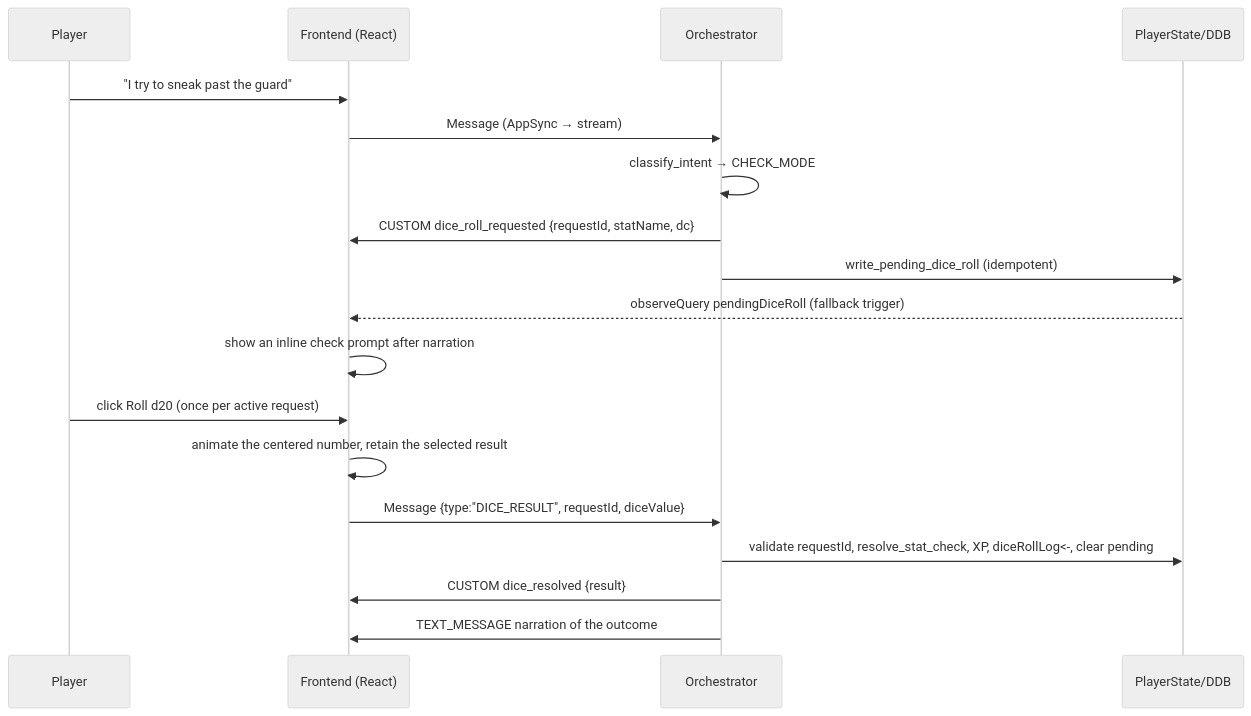
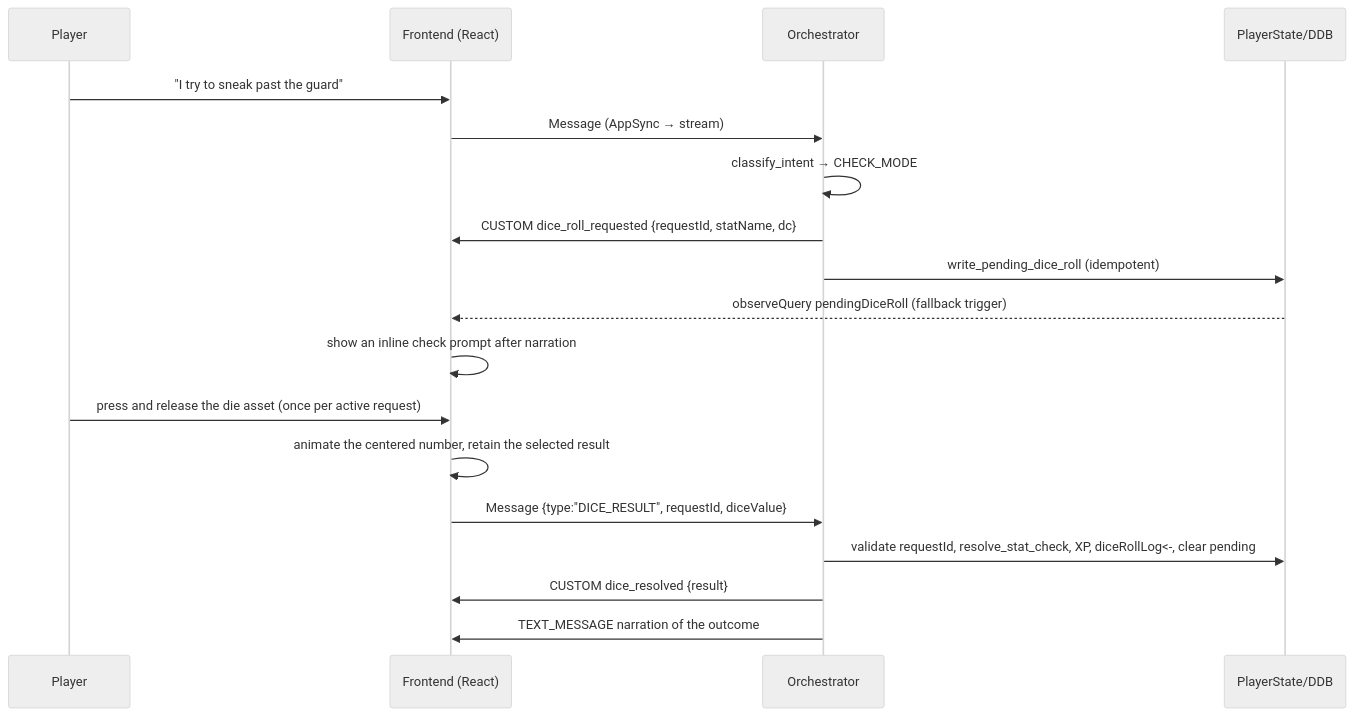
Before and after one commit to Elevator-Robot/brainincup: the third of 3 diagrams in docs/ORCHESTRATION.md, drawn with Mermaid (neutral theme). The commit also changed other lines of this file and 33 other files, not shown here.

````diff
--- a/docs/ORCHESTRATION.md
+++ b/docs/ORCHESTRATION.md
@@ -283,21 +283,21 @@
 ```mermaid
 sequenceDiagram
     participant P as Player
     participant F as Frontend (React)
     participant B as Orchestrator
     participant DB as PlayerState/DDB
 
     P->>F: "I try to sneak past the guard"
     F->>B: Message (AppSync → stream)
     B->>B: classify_intent → CHECK_MODE
     B->>F: CUSTOM dice_roll_requested {requestId, statName, dc}
     B->>DB: write_pending_dice_roll (idempotent)
     DB-->>F: observeQuery pendingDiceRoll (fallback trigger)
     F->>F: show an inline check prompt after narration
-    P->>F: click Roll d20 (once per active request)
+    P->>F: press and release the die asset (once per active request)
     F->>F: animate the centered number, retain the selected result
     F->>B: Message {type:"DICE_RESULT", requestId, diceValue}
     B->>DB: validate requestId, resolve_stat_check, XP, diceRollLog<-, clear pending
     B->>F: CUSTOM dice_resolved {result}
     B->>F: TEXT_MESSAGE narration of the outcome
 ```
````
